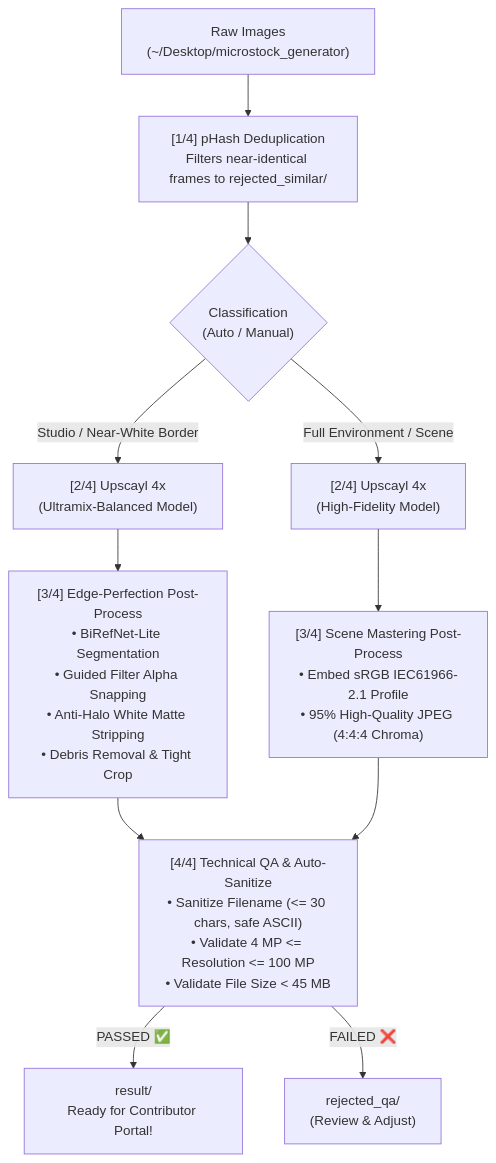
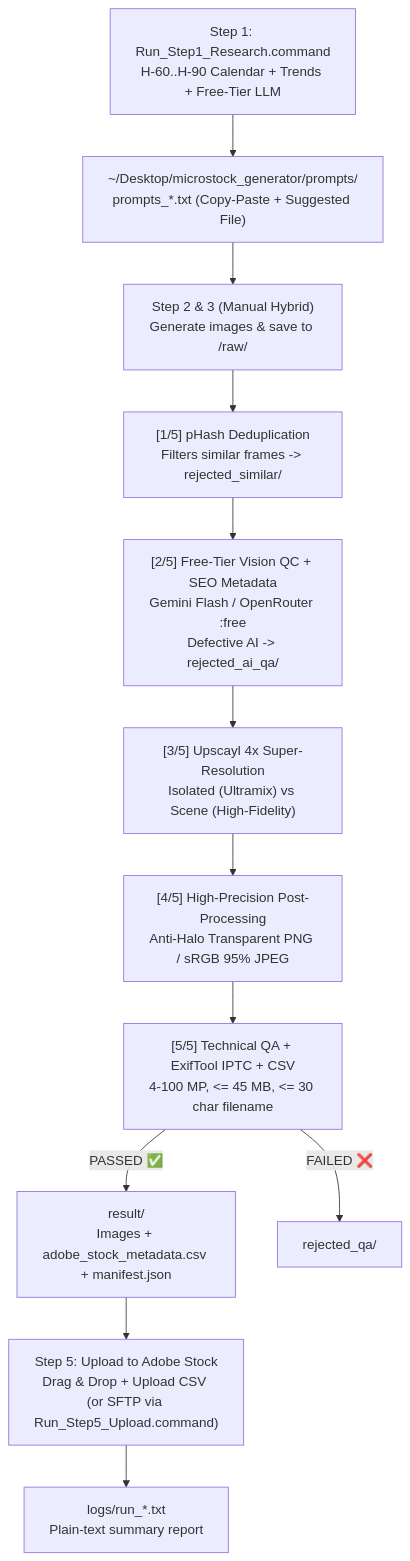
Before and after one commit to bamsmart/microstock-generator: the diagram in README.md, drawn with Mermaid. The commit also changed other lines of this file, not shown here.

Commit message:
docs: update README for hybrid free-tier pipeline, 1-click launchers, and SFTP upload

````diff
--- a/README.md
+++ b/README.md
@@ -43,17 +44,14 @@
 ```mermaid
 flowchart TD
-    A["Raw Images<br>(~/Desktop/microstock_generator)"] --> B["[1/4] pHash Deduplication<br>Filters near-identical frames to rejected_similar/"]
-    
-    B --> C{"Classification<br>(Auto / Manual)"}
-    C -->|"Studio / Near-White Border"| D1["[2/4] Upscayl 4x<br>(Ultramix-Balanced Model)"]
-    C -->|"Full Environment / Scene"| D2["[2/4] Upscayl 4x<br>(High-Fidelity Model)"]
-
-    D1 --> E1["[3/4] Edge-Perfection Post-Process<br>• BiRefNet-Lite Segmentation<br>• Guided Filter Alpha Snapping<br>• Anti-Halo White Matte Stripping<br>• Debris Removal & Tight Crop"]
-    D2 --> E2["[3/4] Scene Mastering Post-Process<br>• Embed sRGB IEC61966-2.1 Profile<br>• 95% High-Quality JPEG (4:4:4 Chroma)"]
-
-    E1 --> F["[4/4] Technical QA & Auto-Sanitize<br>• Sanitize Filename (<= 30 chars, safe ASCII)<br>• Validate 4 MP <= Resolution <= 100 MP<br>• Validate File Size < 45 MB"]
-    E2 --> F
-
-    F -->|"PASSED ✅"| G["result/<br>Ready for Contributor Portal!"]
-    F -->|"FAILED ❌"| H["rejected_qa/<br>(Review & Adjust)"]
+    S1["Step 1: Run_Step1_Research.command<br>H-60..H-90 Calendar + Trends + Free-Tier LLM"] --> P1["~/Desktop/microstock_generator/prompts/<br>prompts_*.txt (Copy-Paste + Suggested File)"]
+    P1 --> S2["Step 2 & 3 (Manual Hybrid)<br>Generate images & save to <batch>/raw/"]
+    S2 --> B["[1/5] pHash Deduplication<br>Filters similar frames -> rejected_similar/"]
+    B --> V["[2/5] Free-Tier Vision QC + SEO Metadata<br>Gemini Flash / OpenRouter :free<br>Defective AI -> rejected_ai_qa/"]
+    V --> U["[3/5] Upscayl 4x Super-Resolution<br>Isolated (Ultramix) vs Scene (High-Fidelity)"]
+    U --> PP["[4/5] High-Precision Post-Processing<br>Anti-Halo Transparent PNG / sRGB 95% JPEG"]
+    PP --> QA["[5/5] Technical QA + ExifTool IPTC + CSV<br>4-100 MP, <= 45 MB, <= 30 char filename"]
+    QA -->|"PASSED ✅"| RES["result/<br>Images + adobe_stock_metadata.csv + manifest.json"]
+    QA -->|"FAILED ❌"| REJ["rejected_qa/"]
+    RES --> UP["Step 5: Upload to Adobe Stock<br>Drag & Drop + Upload CSV (or SFTP via Run_Step5_Upload.command)"]
+    UP --> LOG["logs/run_*.txt<br>Plain-text summary report"]
 ```
````
